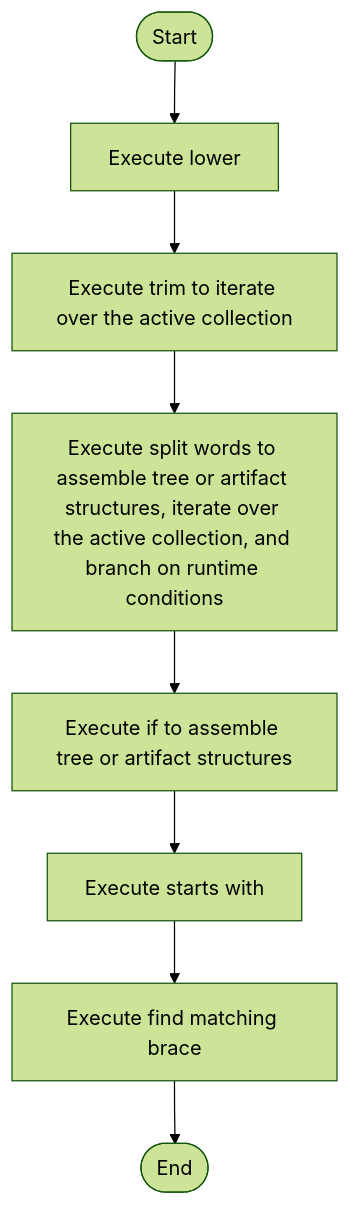
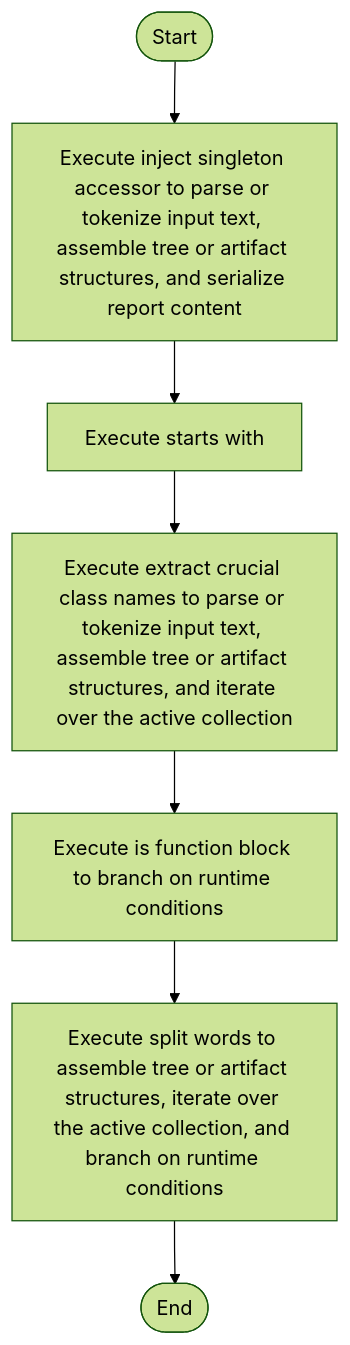
Before and after one commit to JohnAndrewBalbarosa/NeoTerritory: the diagram in docs/Codebase/Microservice/Modules/Source/Creational/Transform/creational_code_generator_internal.cpp.md, drawn with Mermaid (forest theme). The commit also changed 148 other files, not shown here.

````diff
--- a/docs/Codebase/Microservice/Modules/Source/Creational/Transform/creational_code_generator_internal.cpp.md
+++ b/docs/Codebase/Microservice/Modules/Source/Creational/Transform/creational_code_generator_internal.cpp.md
@@ -38,18 +38,16 @@
 ```mermaid
 flowchart TD
     Start([Start])
-    N0[Execute lower]
-    N1[Execute trim to iterate over the active collection]
-    N2[Execute split words to assemble tree or artifact structures, iterate over the active collection, and branch on runtime conditions]
-    N3[Execute if to assemble tree or artifact structures]
-    N4[Execute starts with]
-    N5[Execute find matching brace]
+    N0[Execute inject singleton accessor to parse or tokenize input text, assemble tree or artifact structures, and serialize report content]
+    N1[Execute starts with]
+    N2[Execute extract crucial class names to parse or tokenize input text, assemble tree or artifact structures, and iterate over the active collection]
+    N3[Execute is function block to branch on runtime conditions]
+    N4[Execute split words to assemble tree or artifact structures, iterate over the active collection, and branch on runtime conditions]
     End([End])
     Start --> N0
     N0 --> N1
     N1 --> N2
     N2 --> N3
     N3 --> N4
-    N4 --> N5
-    N5 --> End
+    N4 --> End
 ```
````
